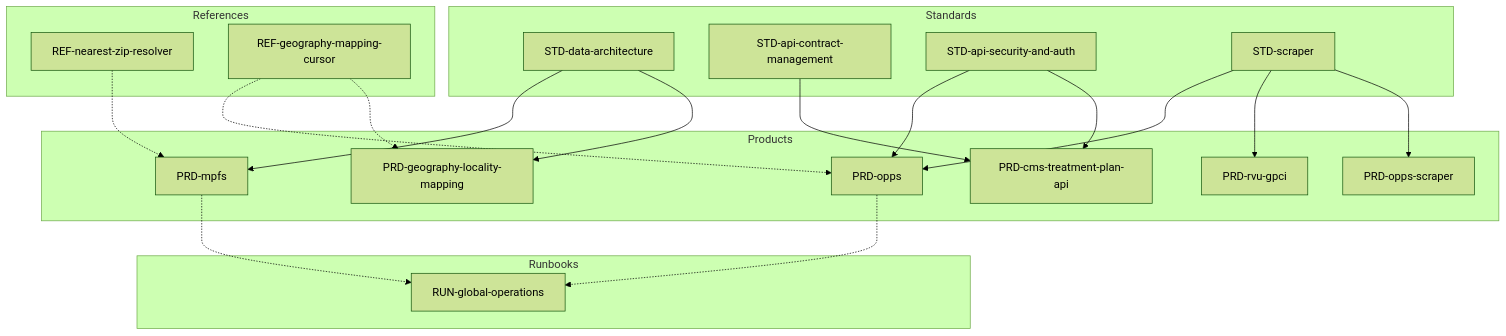
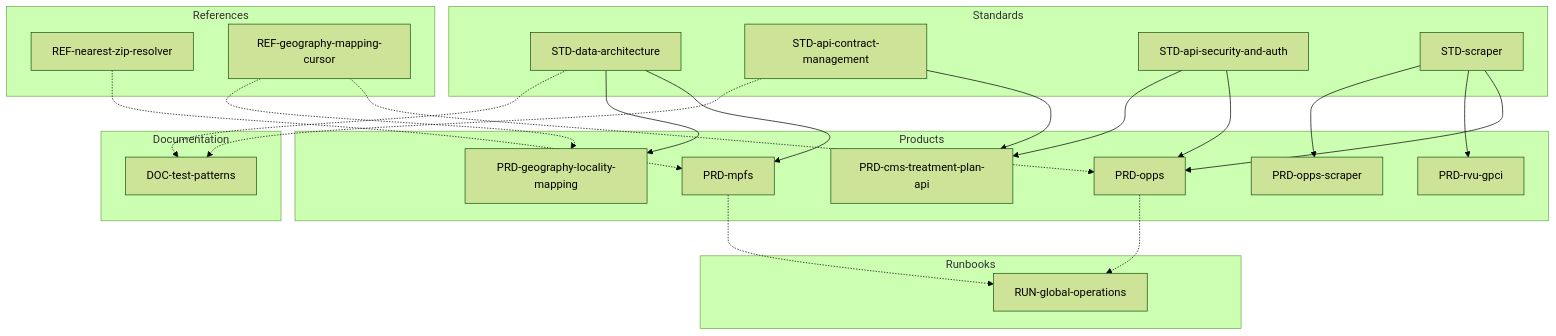
Before and after one commit to alex-bea/cms_api: the diagram in prds/DOC-master-catalog-prd-v1.0.md, drawn with Mermaid (forest theme). The commit also changed other lines of this file and 15 other files, not shown here.

First line of the commit message:
feat: Enhance database test patterns and audit tools

````diff
--- a/prds/DOC-master-catalog-prd-v1.0.md
+++ b/prds/DOC-master-catalog-prd-v1.0.md
@@ -84,41 +85,47 @@
 ```mermaid
 graph TD
   subgraph Standards
     SA[STD-data-architecture]
     SB[STD-api-contract-management]
     SC[STD-api-security-and-auth]
     SD[STD-scraper]
   end
 
   subgraph References
     RA[REF-nearest-zip-resolver]
     RB[REF-geography-mapping-cursor]
   end
 
   subgraph Products
     P1[PRD-mpfs]
     P2[PRD-opps]
     P3[PRD-cms-treatment-plan-api]
     P4[PRD-geography-locality-mapping]
     P5[PRD-rvu-gpci]
     P6[PRD-opps-scraper]
   end
 
   subgraph Runbooks
-    R1[RUN-global-operations]
+  R1[RUN-global-operations]
+  end
+
+  subgraph Documentation
+  D1[DOC-test-patterns]
   end
 
   SA --> P1
   SA --> P4
   SB --> P3
   SC --> P2
   SC --> P3
   SD --> P2
   SD --> P5
   SD --> P6
   RA -.-> P1
   RB -.-> P2
   RB -.-> P4
   P1 -.-> R1
   P2 -.-> R1
+  SA -.-> D1
+  SB -.-> D1
 ```
````
